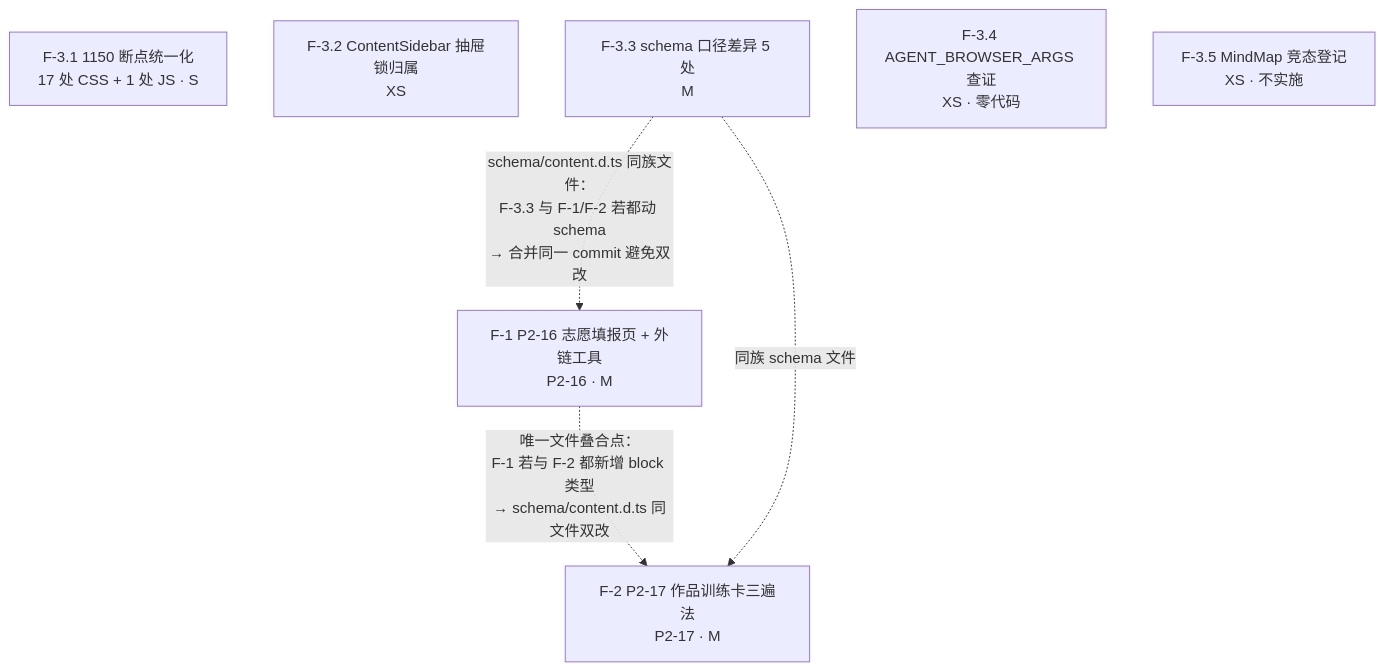
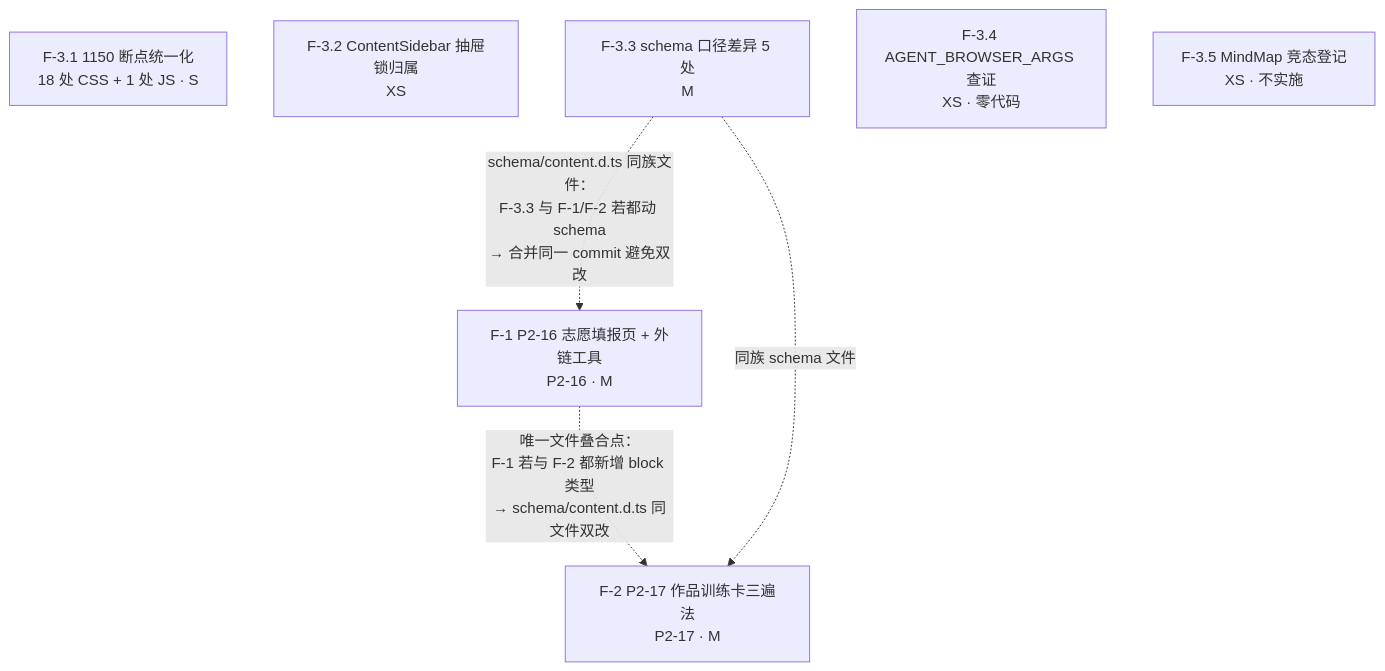
One commit to HeiTangMiao/danzhao-study-vue3 changed the first of 2 diagrams in docs/proposals/batch-f-tasks.md. Above: the diagram before and after it, drawn with Mermaid. The commit also changed other lines of this file and 1 other file, not shown here.

Commit message:
docs: 断点口径更正 17→18 处 CSS + 1 处 JS（独立统计 19 个断点；本次改动 10 处 CSS + 1 处 JS）

````diff
--- a/docs/proposals/batch-f-tasks.md
+++ b/docs/proposals/batch-f-tasks.md
@@ -62,14 +62,14 @@
 ```mermaid
 graph TD
     F1["F-1 P2-16 志愿填报页 + 外链工具<br/>P2-16 · M"]
     F2["F-2 P2-17 作品训练卡三遍法<br/>P2-17 · M"]
-    F31["F-3.1 1150 断点统一化<br/>17 处 CSS + 1 处 JS · S"]
+    F31["F-3.1 1150 断点统一化<br/>18 处 CSS + 1 处 JS · S"]
     F32["F-3.2 ContentSidebar 抽屉锁归属<br/>XS"]
     F33["F-3.3 schema 口径差异 5 处<br/>M"]
     F34["F-3.4 AGENT_BROWSER_ARGS 查证<br/>XS · 零代码"]
     F35["F-3.5 MindMap 竞态登记<br/>XS · 不实施"]
 
     F1 -.->|"唯一文件叠合点：<br/>F-1 若与 F-2 都新增 block 类型<br/>→ schema/content.d.ts 同文件双改"| F2
     F33 -.->|"schema/content.d.ts 同族文件：<br/>F-3.3 与 F-1/F-2 若都动 schema<br/>→ 合并同一 commit 避免双改"| F1
     F33 -.->|同族 schema 文件| F2
 ```
````
